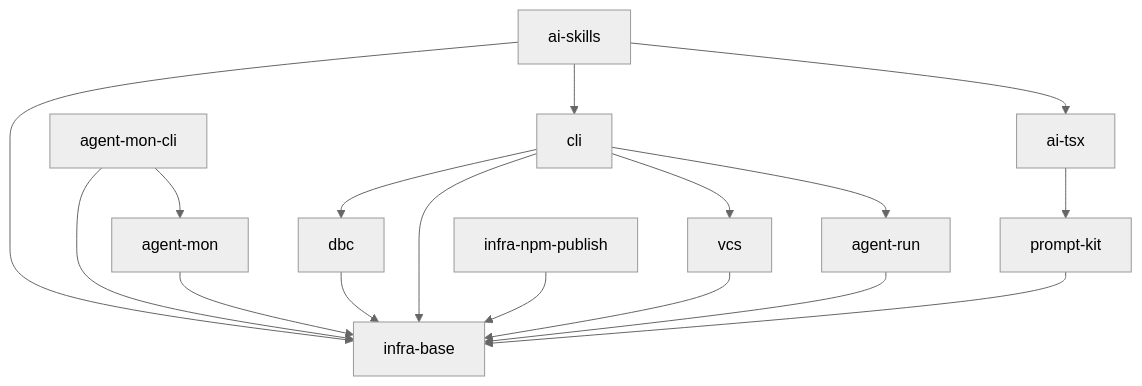
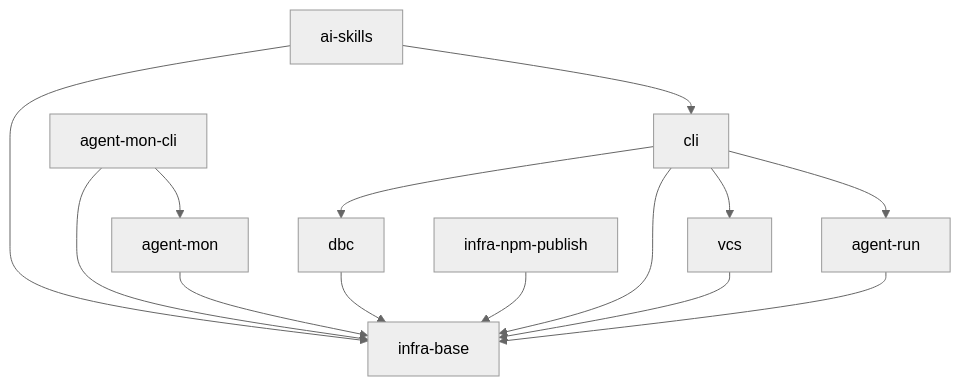
The diagram in specs/README.md (RubaXa/gennady), drawn with Mermaid (neutral theme) before and after one commit. The commit also changed other lines of this file and 277 other files, not shown here.

First line of the commit message:
chore: remove prompt-kit/ai-tsx from main (moved to branch prompt-kit-rebuild)

````diff
--- a/specs/README.md
+++ b/specs/README.md
@@ -9,19 +9,16 @@
 ```mermaid
 graph TD
     cli --> dbc
     cli --> infra-base
     cli --> vcs
     dbc --> infra-base
     vcs --> infra-base
     agent-mon --> infra-base
     agent-mon-cli --> infra-base
     agent-mon-cli --> agent-mon
     agent-run --> infra-base
     cli --> agent-run
     ai-skills --> infra-base
     ai-skills --> cli
-    prompt-kit --> infra-base
-    ai-tsx --> prompt-kit
-    ai-skills --> ai-tsx
     infra-npm-publish --> infra-base
 ```
````
